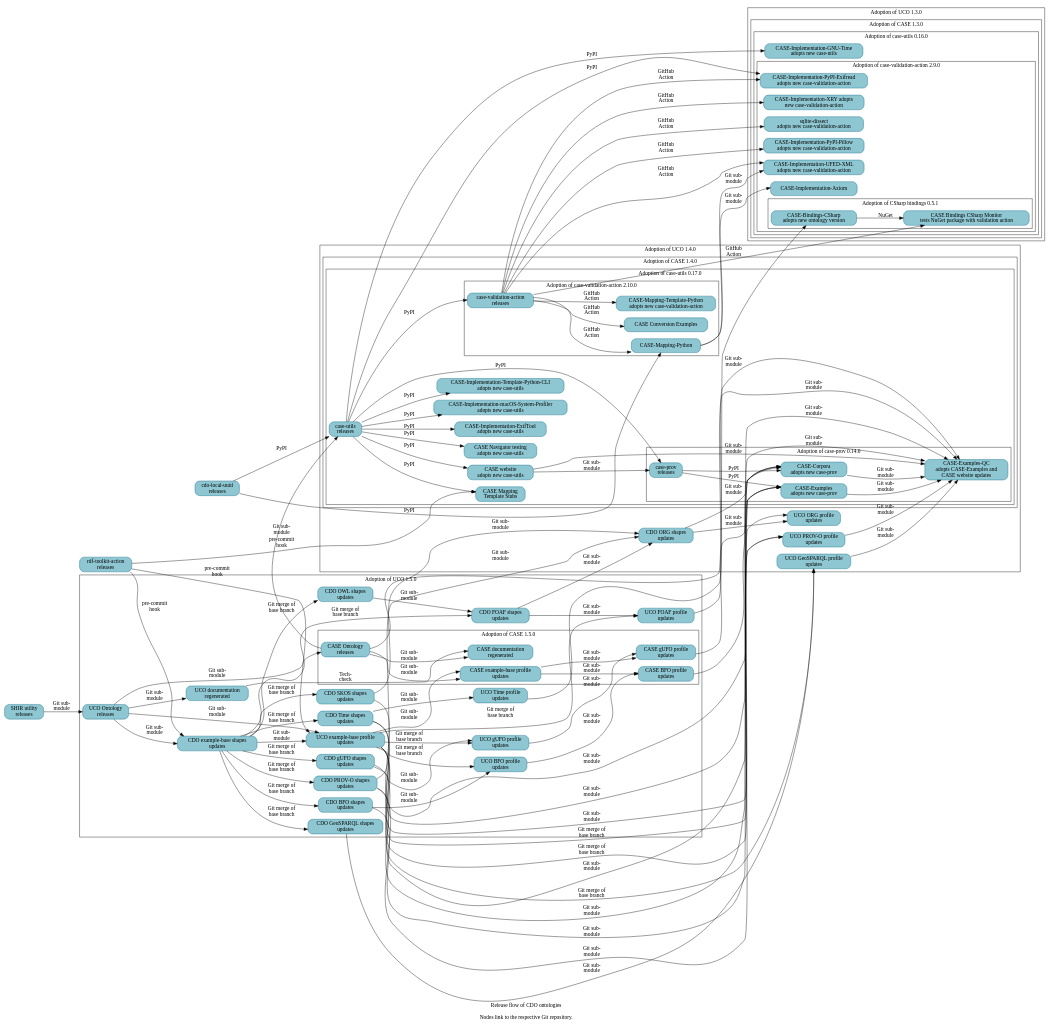
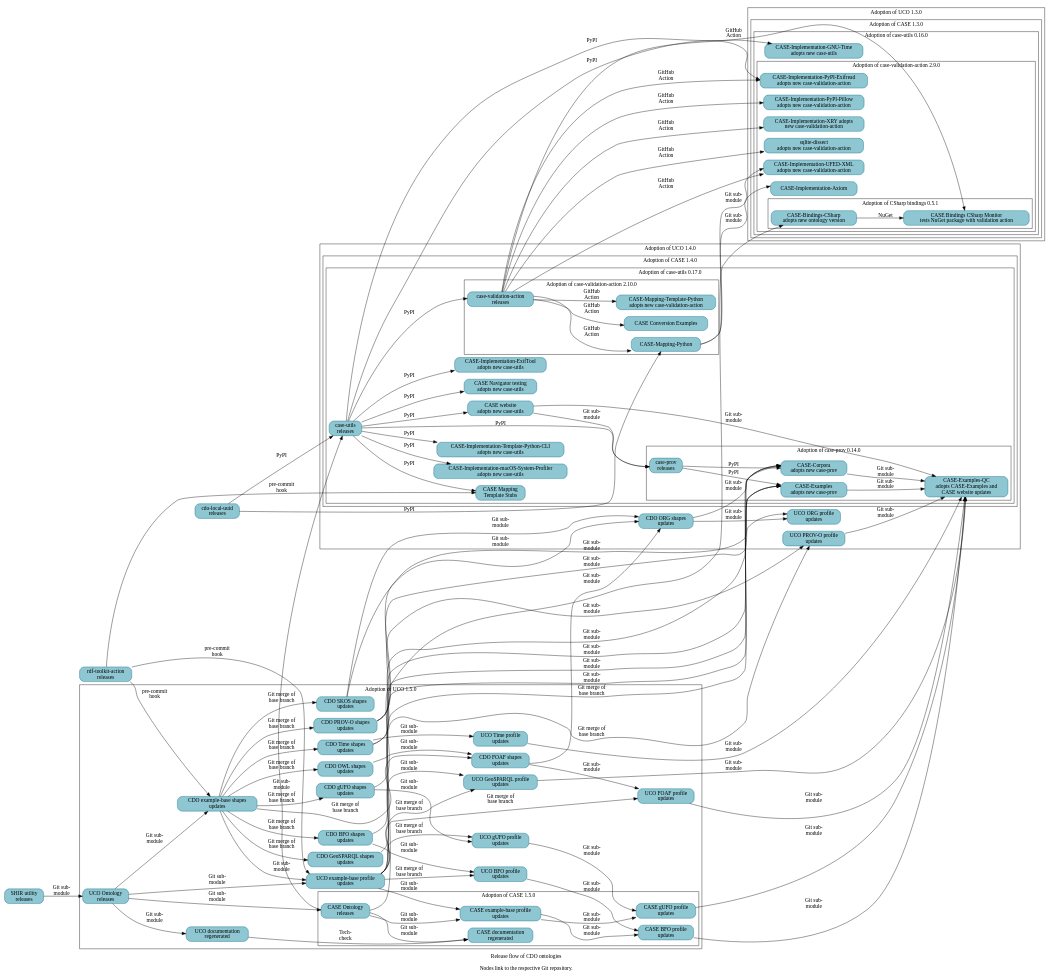
One commit to Cyber-Domain-Ontology/cdo.github.io changed the diagram in resources/project_release_flow.dot. Above: the diagram before and after it, drawn with Graphviz. The commit also changed other lines of this file, not shown here.

First line of the commit message:
Bump adoption of UCO

```diff
--- a/resources/project_release_flow.dot
+++ b/resources/project_release_flow.dot
@@ -43,7 +43,6 @@
     label = "Adoption of UCO 1.4.0" ;
 
     _GH__CYBER_DOMAIN_ONTOLOGY__CDO_SHAPES_ORG [URL="https://github.com/Cyber-Domain-Ontology/CDO-Shapes-ORG" label="CDO ORG shapes\nupdates"] ;
-    _GH__UCOPROJECT__UCO_PROFILE_GEOSPARQL [URL="https://github.com/ucoProject/UCO-Profile-GeoSPARQL" label="UCO GeoSPARQL profile\nupdates"] ;
     _GH__UCOPROJECT__UCO_PROFILE_ORG [URL="https://github.com/ucoProject/UCO-Profile-ORG" label="UCO ORG profile\nupdates"] ;
     _GH__UCOPROJECT__UCO_PROFILE_PROV_O [URL="https://github.com/ucoProject/UCO-Profile-PROV-O" label="UCO PROV-O profile\nupdates"] ;
 
@@ -99,6 +98,7 @@
     _GH__UCOPROJECT__UCO_PROFILE_BFO [URL="https://github.com/ucoProject/UCO-Profile-BFO" label="UCO BFO profile\nupdates"] ;
     _GH__UCOPROJECT__UCO_PROFILE_EXAMPLE [URL="https://github.com/ucoProject/UCO-Profile-Example" label="UCO example-base profile\nupdates"] ;
     _GH__UCOPROJECT__UCO_PROFILE_FOAF [URL="https://github.com/ucoProject/UCO-Profile-FOAF" label="UCO FOAF profile\nupdates"] ;
+    _GH__UCOPROJECT__UCO_PROFILE_GEOSPARQL [URL="https://github.com/ucoProject/UCO-Profile-GeoSPARQL" label="UCO GeoSPARQL profile\nupdates"] ;
     _GH__UCOPROJECT__UCO_PROFILE_GUFO [URL="https://github.com/ucoProject/UCO-Profile-gufo" label="UCO gUFO profile\nupdates"] ;
     _GH__UCOPROJECT__UCO_PROFILE_TIME [URL="https://github.com/ucoProject/UCO-Profile-Time" label="UCO Time profile\nupdates"] ;
 
```
